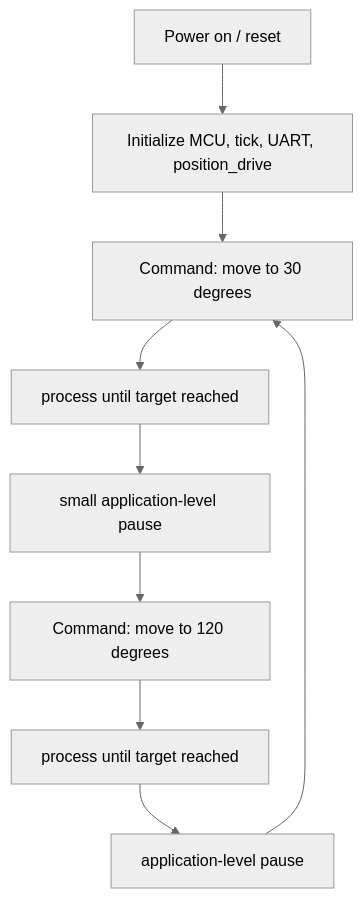
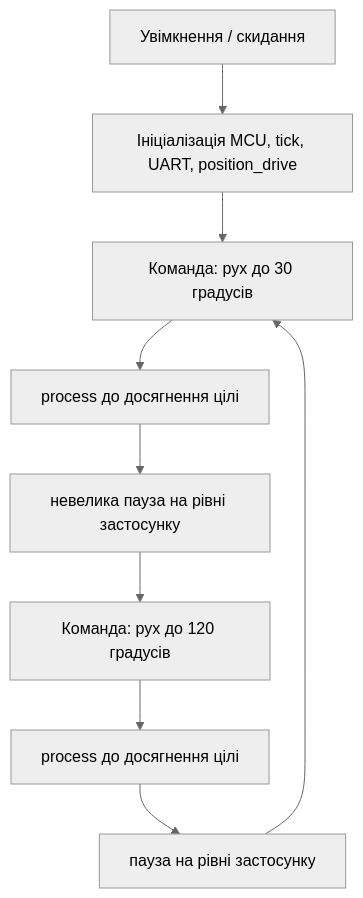
Before and after one commit to anatoliWeb/pic-platform: the second of 2 diagrams in examples-projects/proteus/actuator/position_drive_adc/README.ua.md, drawn with Mermaid (neutral theme). The commit also changed other lines of this file and 3 other files, not shown here.

First line of the commit message:
docs(position-drive): translate Mermaid labels to Ukrainian in UA docs

````diff
--- a/examples-projects/proteus/actuator/position_drive_adc/README.ua.md
+++ b/examples-projects/proteus/actuator/position_drive_adc/README.ua.md
@@ -71,11 +71,11 @@
 ```mermaid
 flowchart TD
-    BOOT[Power on / reset] --> INIT[Initialize MCU, tick, UART, position_drive]
-    INIT --> MOVE1[Command: move to 30 degrees]
-    MOVE1 --> WAIT1[process until target reached]
-    WAIT1 --> PAUSE1[small application-level pause]
-    PAUSE1 --> MOVE2[Command: move to 120 degrees]
-    MOVE2 --> WAIT2[process until target reached]
-    WAIT2 --> PAUSE2[application-level pause]
+    BOOT[Увімкнення / скидання] --> INIT[Ініціалізація MCU, tick, UART, position_drive]
+    INIT --> MOVE1[Команда: рух до 30 градусів]
+    MOVE1 --> WAIT1[process до досягнення цілі]
+    WAIT1 --> PAUSE1[невелика пауза на рівні застосунку]
+    PAUSE1 --> MOVE2[Команда: рух до 120 градусів]
+    MOVE2 --> WAIT2[process до досягнення цілі]
+    WAIT2 --> PAUSE2[пауза на рівні застосунку]
     PAUSE2 --> MOVE1
 ```
````
